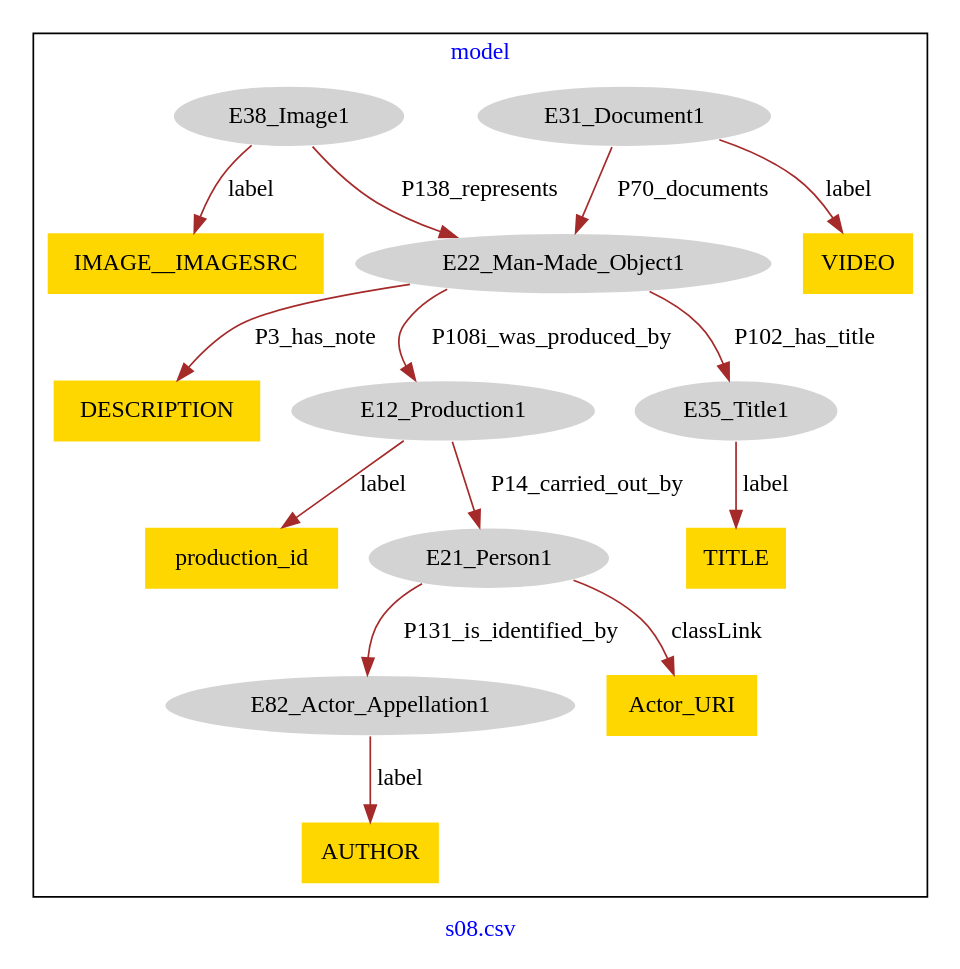
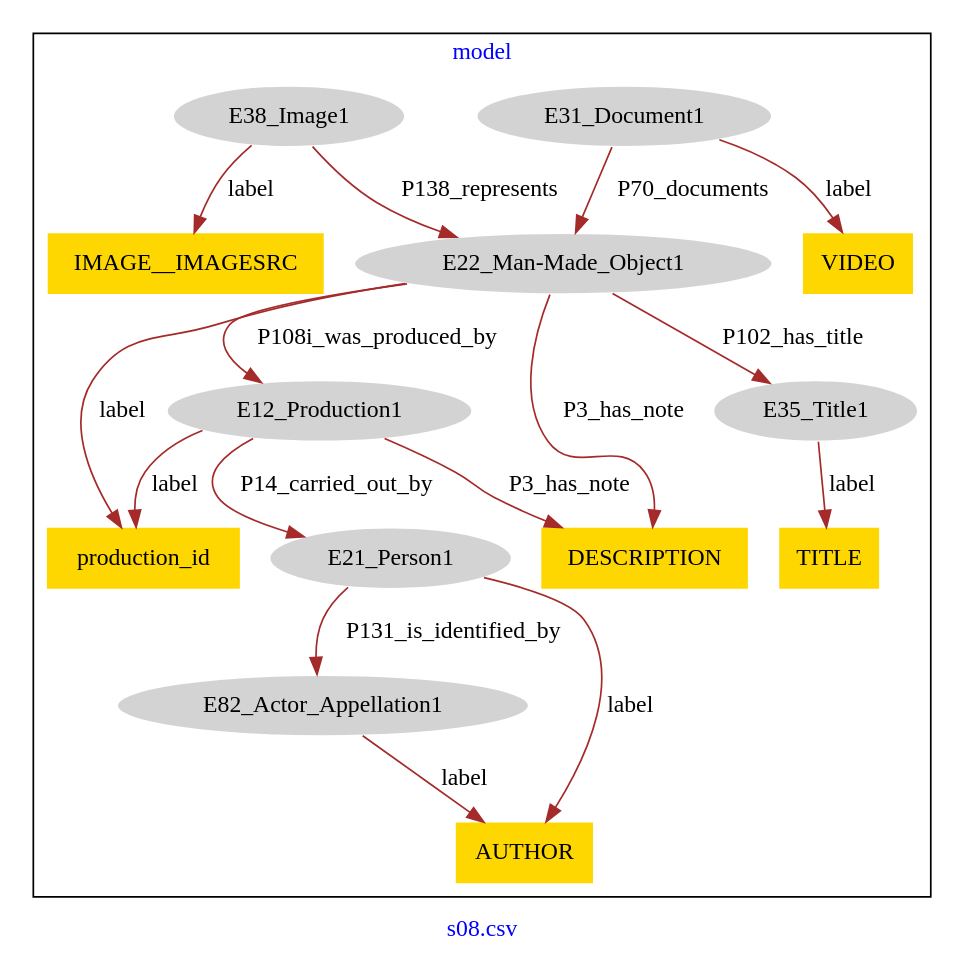
The diagram in DataSets/museum-crm/models-graphviz/s08.csv.model.dot (Zaiwen/ModelCorrection_Jiakang_XU), drawn with Graphviz before and after one commit. The commit also changed 67 other files, not shown here.

```diff
--- a/DataSets/museum-crm/models-graphviz/s08.csv.model.dot
+++ b/DataSets/museum-crm/models-graphviz/s08.csv.model.dot
@@ -1,35 +1,36 @@
 digraph n0 {
 fontcolor="blue"
 remincross="true"
 label="s08.csv"
 subgraph cluster {
 label="model"
 n2[style="filled",color="white",fillcolor="lightgray",label="E21_Person1"];
 n3[style="filled",color="white",fillcolor="lightgray",label="E82_Actor_Appellation1"];
 n4[style="filled",color="white",fillcolor="lightgray",label="E31_Document1"];
 n5[shape="plaintext",style="filled",fillcolor="gold",label="VIDEO"];
-n6[style="filled",color="white",fillcolor="lightgray",label="E22_Man-Made_Object1"];
-n7[shape="plaintext",style="filled",fillcolor="gold",label="DESCRIPTION"];
-n8[style="filled",color="white",fillcolor="lightgray",label="E12_Production1"];
-n9[shape="plaintext",style="filled",fillcolor="gold",label="production_id"];
-n10[shape="plaintext",style="filled",fillcolor="gold",label="Actor_URI"];
-n11[style="filled",color="white",fillcolor="lightgray",label="E35_Title1"];
-n12[shape="plaintext",style="filled",fillcolor="gold",label="AUTHOR"];
-n13[shape="plaintext",style="filled",fillcolor="gold",label="TITLE"];
-n14[style="filled",color="white",fillcolor="lightgray",label="E38_Image1"];
-n15[shape="plaintext",style="filled",fillcolor="gold",label="IMAGE__IMAGESRC"];
+n6[style="filled",color="white",fillcolor="lightgray",label="E12_Production1"];
+n7[style="filled",color="white",fillcolor="lightgray",label="E22_Man-Made_Object1"];
+n8[style="filled",color="white",fillcolor="lightgray",label="E35_Title1"];
+n9[shape="plaintext",style="filled",fillcolor="gold",label="AUTHOR"];
+n10[shape="plaintext",style="filled",fillcolor="gold",label="production_id"];
+n11[shape="plaintext",style="filled",fillcolor="gold",label="DESCRIPTION"];
+n12[style="filled",color="white",fillcolor="lightgray",label="E38_Image1"];
+n13[shape="plaintext",style="filled",fillcolor="gold",label="IMAGE__IMAGESRC"];
+n14[shape="plaintext",style="filled",fillcolor="gold",label="TITLE"];
 }
 n2 -> n3[color="brown",fontcolor="black",label="P131_is_identified_by"]
 n4 -> n5[color="brown",fontcolor="black",label="label"]
-n6 -> n7[color="brown",fontcolor="black",label="P3_has_note"]
-n8 -> n9[color="brown",fontcolor="black",label="label"]
-n2 -> n10[color="brown",fontcolor="black",label="classLink"]
-n8 -> n2[color="brown",fontcolor="black",label="P14_carried_out_by"]
-n6 -> n11[color="brown",fontcolor="black",label="P102_has_title"]
-n3 -> n12[color="brown",fontcolor="black",label="label"]
-n6 -> n8[color="brown",fontcolor="black",label="P108i_was_produced_by"]
-n11 -> n13[color="brown",fontcolor="black",label="label"]
-n14 -> n15[color="brown",fontcolor="black",label="label"]
-n14 -> n6[color="brown",fontcolor="black",label="P138_represents"]
-n4 -> n6[color="brown",fontcolor="black",label="P70_documents"]
+n6 -> n2[color="brown",fontcolor="black",label="P14_carried_out_by"]
+n7 -> n8[color="brown",fontcolor="black",label="P102_has_title"]
+n2 -> n9[color="brown",fontcolor="black",label="label"]
+n7 -> n10[color="brown",fontcolor="black",label="label"]
+n6 -> n11[color="brown",fontcolor="black",label="P3_has_note"]
+n12 -> n13[color="brown",fontcolor="black",label="label"]
+n3 -> n9[color="brown",fontcolor="black",label="label"]
+n6 -> n10[color="brown",fontcolor="black",label="label"]
+n7 -> n6[color="brown",fontcolor="black",label="P108i_was_produced_by"]
+n7 -> n11[color="brown",fontcolor="black",label="P3_has_note"]
+n12 -> n7[color="brown",fontcolor="black",label="P138_represents"]
+n8 -> n14[color="brown",fontcolor="black",label="label"]
+n4 -> n7[color="brown",fontcolor="black",label="P70_documents"]
 }
```
